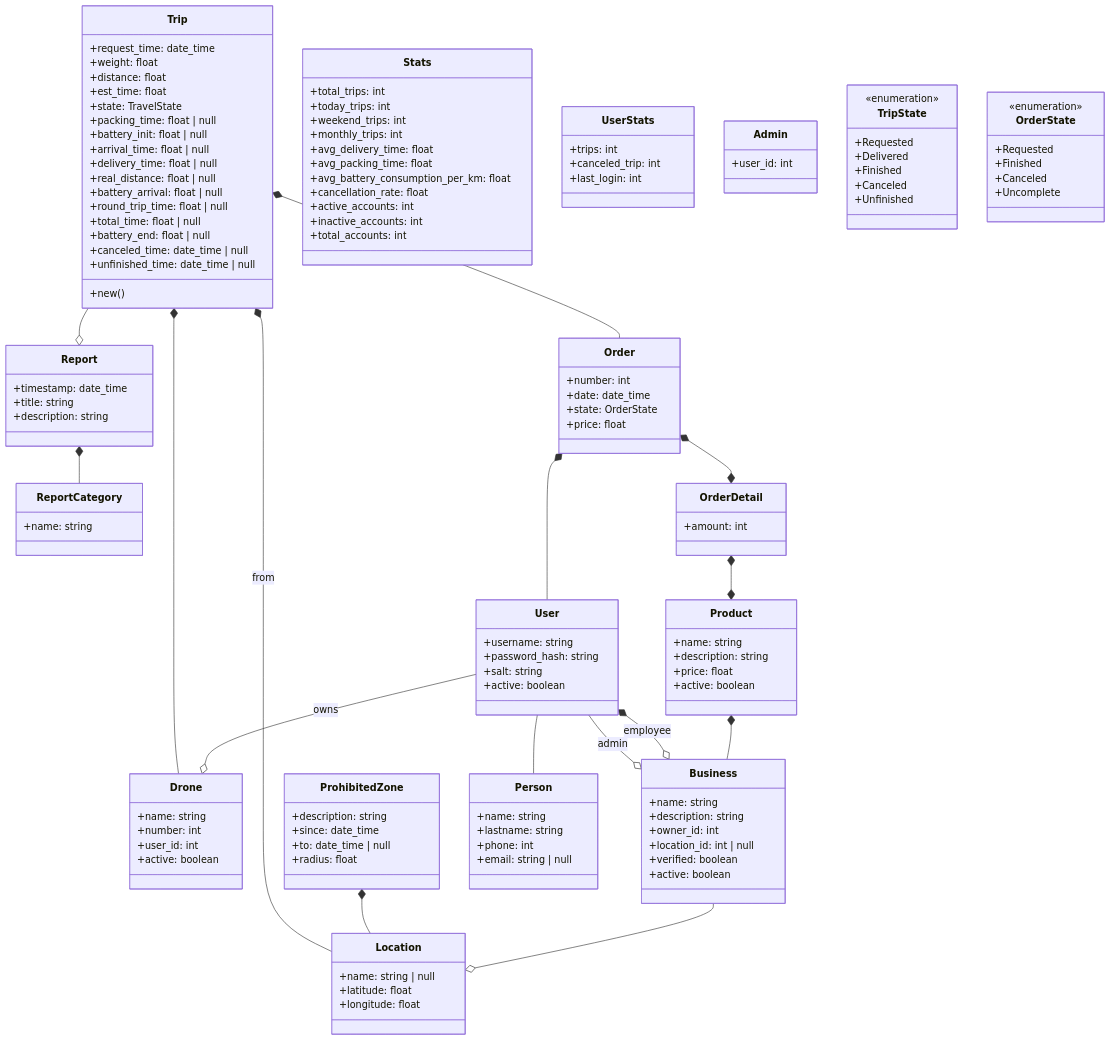
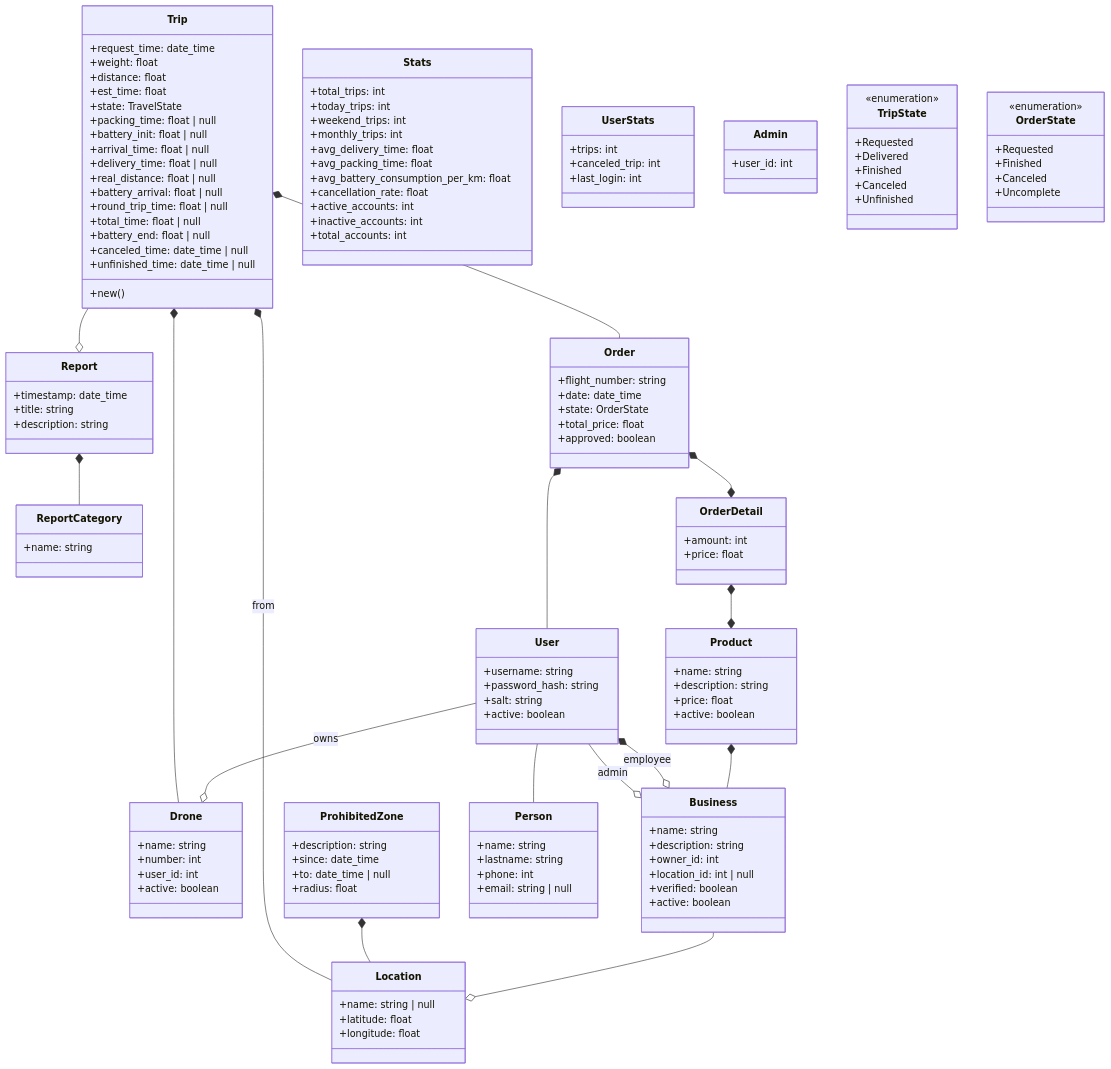
One commit to vector-sur/backend changed the second of 3 diagrams in README.md. Above: the diagram before and after it, drawn with Mermaid. The commit also changed 7 other files, not shown here.

```diff
--- a/README.md
+++ b/README.md
@@ -64,6 +64,7 @@
 
     class OrderDetail {
         +amount: int
+        +price: float
     }
 
     class Stats {
@@ -85,10 +86,11 @@
     }
 
     class Order {
-        +number: int
+        +flight_number: string
         +date: date_time
         +state: OrderState
-        +price: float
+        +total_price: float
+        +approved: boolean
     }
     
     class Trip {
```
